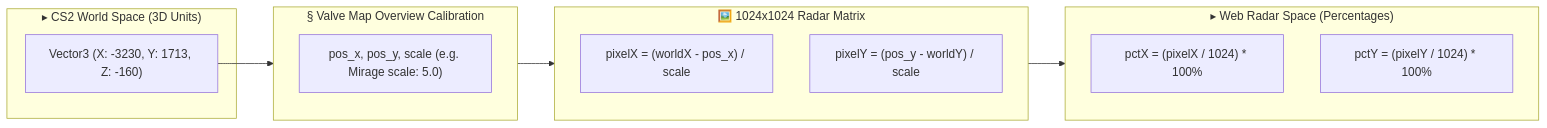
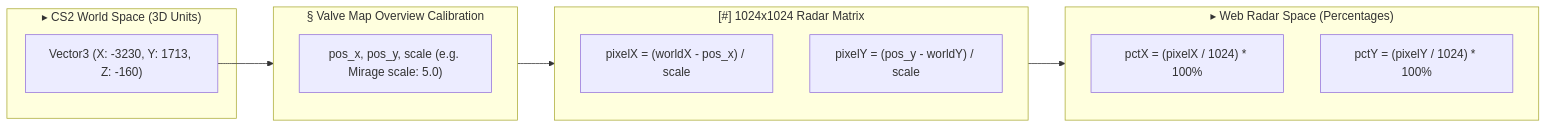
The diagram in docs/apps/cs2nades/physics.md (IAndrexI/documentation), drawn with Mermaid before and after one commit. The commit also changed other lines of this file and 14 other files, not shown here.

Commit message:
feat: add architectural concepts reference library, 3s hover tooltips, and standards citations

````diff
--- a/docs/apps/cs2nades/physics.md
+++ b/docs/apps/cs2nades/physics.md
@@ -7,24 +7,24 @@
 ```mermaid
 graph LR
     subgraph ValveWorld["▸ CS2 World Space (3D Units)"]
         WorldCoord["Vector3 (X: -3230, Y: 1713, Z: -160)"]
     end
 
     subgraph CalibrationConfig["§ Valve Map Overview Calibration"]
         Config["pos_x, pos_y, scale (e.g. Mirage scale: 5.0)"]
     end
 
-    subgraph PixelTransform["🖼️ 1024x1024 Radar Matrix"]
+    subgraph PixelTransform["[#] 1024x1024 Radar Matrix"]
         PixelX["pixelX = (worldX - pos_x) / scale"]
         PixelY["pixelY = (pos_y - worldY) / scale"]
     end
 
     subgraph WebNormalized["▸ Web Radar Space (Percentages)"]
         PctX["pctX = (pixelX / 1024) * 100%"]
         PctY["pctY = (pixelY / 1024) * 100%"]
     end
 
     WorldCoord --> CalibrationConfig
     CalibrationConfig --> PixelTransform
     PixelTransform --> WebNormalized
 ```
````
